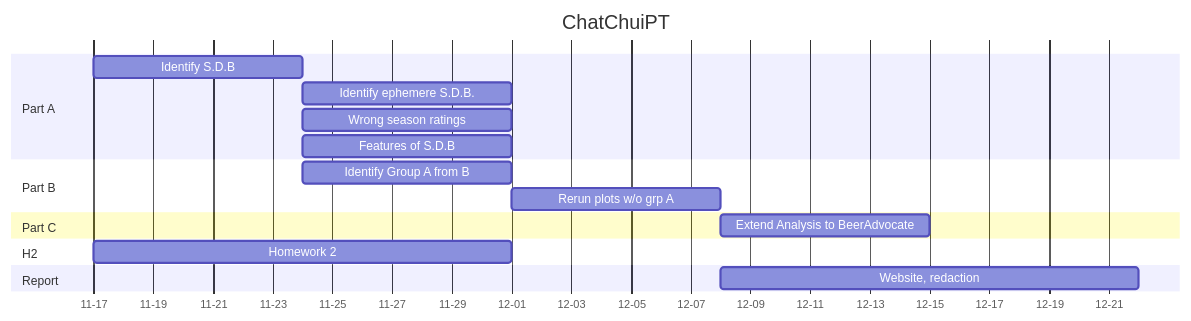
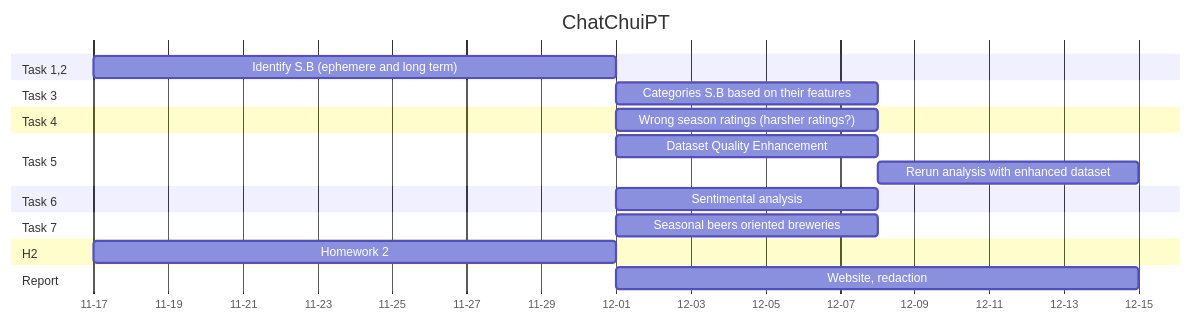
The diagram in readme.md (epfl-ada/ada-2023-project-chatchuipt), drawn with Mermaid before and after one commit. The commit also changed other lines of this file, not shown here.

````diff
--- a/readme.md
+++ b/readme.md
@@ -116,21 +106,24 @@
 ```mermaid
 gantt
     title ChatChuiPT
     dateFormat MM-DD
 	axisFormat %m-%d
 
-	section Part A
-		Identify S.D.B                     :t1, 11-17, 1w
-		Identify ephemere S.D.B.           :after t1, 1w
-		Wrong season ratings               :after t1, 1w
-		Features of S.D.B                  :after t1, 1w
-    section Part B
-		Identify Group A from B	           :t2, after t1, 1w
-		Rerun plots w/o grp A              :t4, after t2, 1w
-	section Part C
-	    Extend Analysis to BeerAdvocate    :after t4, 1w
+	section Task 1,2
+		Identify S.B (ephemere and long term)   :t1, 11-17, 2w
+	section Task 3
+		Categories S.B based on their features  :t3, after t1 h2, 1w
+    section Task 4
+		Wrong season ratings (harsher ratings?) :after t1 h2, 1w
+	section Task 5
+		Dataset Quality Enhancement             :t51, after t1 h2, 1w
+		Rerun analysis with enhanced dataset    :t52, after t51, 1w
+	section Task 6
+		Sentimental analysis                    :after t1 h2, 1w
+	section Task 7 
+		Seasonal beers oriented breweries       :after t1 h2, 1w
 	section H2
-		Homework 2                         :h2, 11-17, 12-01
+		Homework 2                              :h2, 11-17, 2w
 	section Report
-		Website, redaction                       :end, 12-08, 2w
+		Website, redaction                      :after t1, 2w
 ```
````
